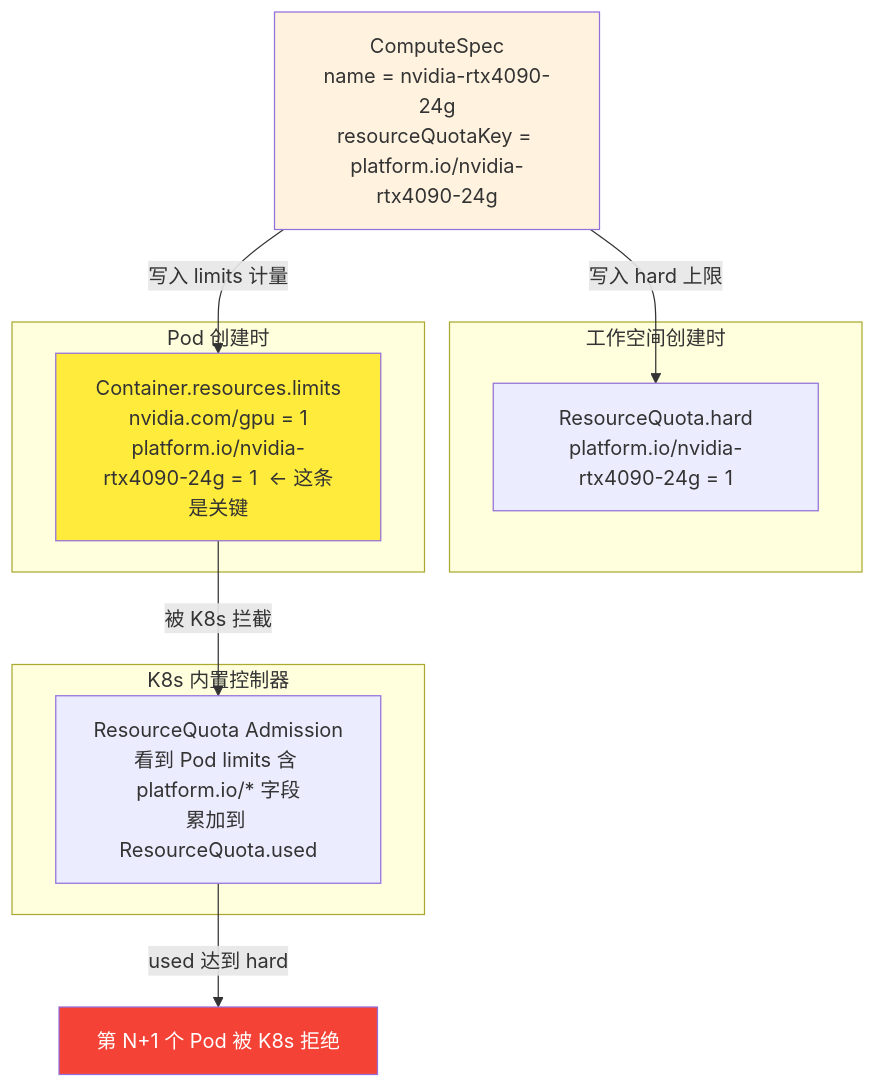
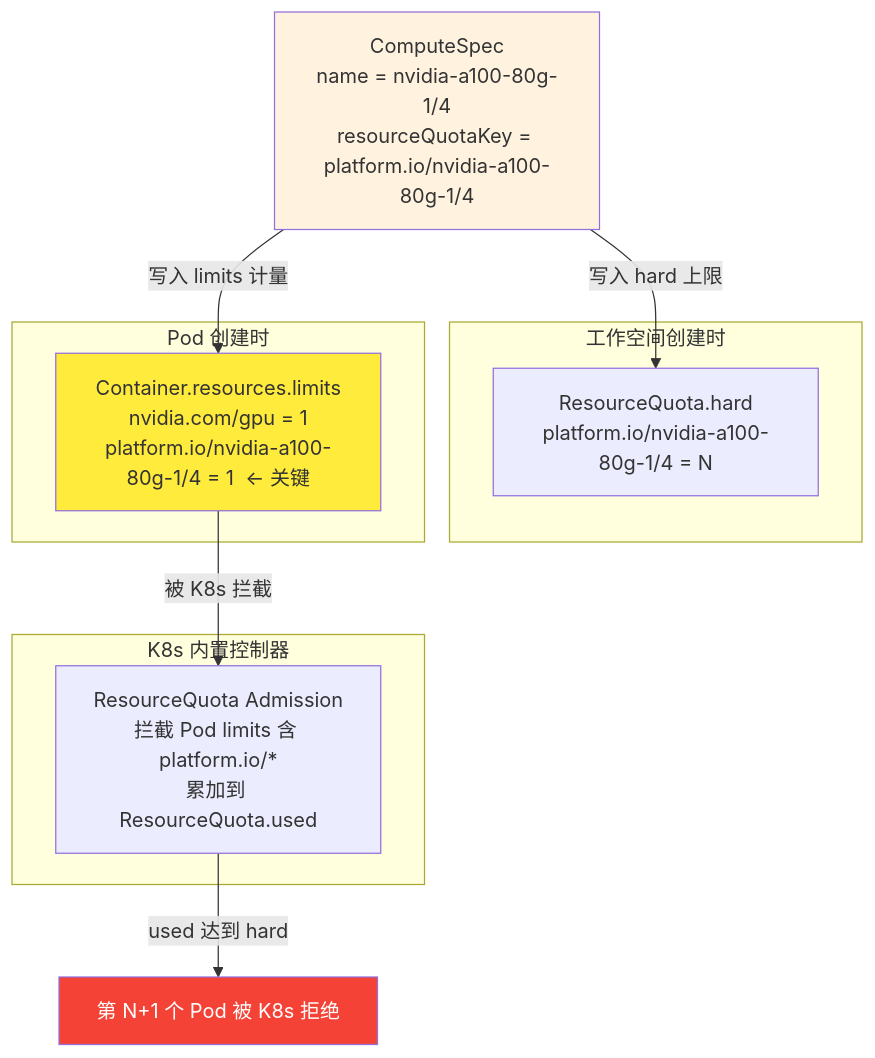
The seventh of 9 diagrams in docs/MINDMAP.md (bluekidlj/acmp-compute-platform), drawn with Mermaid before and after one commit. The commit also changed other lines of this file and 42 other files, not shown here.

````diff
--- a/docs/MINDMAP.md
+++ b/docs/MINDMAP.md
@@ -153,25 +257,25 @@
 ```mermaid
 flowchart TB
-    SPEC["ComputeSpec<br/>name = nvidia-rtx4090-24g<br/>resourceQuotaKey = platform.io/nvidia-rtx4090-24g"]
+    SPEC["ComputeSpec<br/>name = nvidia-a100-80g-1/4<br/>resourceQuotaKey = platform.io/nvidia-a100-80g-1/4"]
 
     subgraph WSC["工作空间创建时"]
-        RQ["ResourceQuota.hard<br/>platform.io/nvidia-rtx4090-24g = 1"]
+        RQ["ResourceQuota.hard<br/>platform.io/nvidia-a100-80g-1/4 = N"]
     end
 
     subgraph POD["Pod 创建时"]
-        POD_LIMITS["Container.resources.limits<br/>nvidia.com/gpu = 1<br/>platform.io/nvidia-rtx4090-24g = 1  ← 这条是关键"]
+        POD_LIMITS["Container.resources.limits<br/>nvidia.com/gpu = 1<br/>platform.io/nvidia-a100-80g-1/4 = 1  ← 关键"]
     end
 
     subgraph K8S["K8s 内置控制器"]
-        QC["ResourceQuota Admission<br/>看到 Pod limits 含 platform.io/* 字段<br/>累加到 ResourceQuota.used"]
+        QC["ResourceQuota Admission<br/>拦截 Pod limits 含 platform.io/*<br/>累加到 ResourceQuota.used"]
     end
 
     SPEC --写入 hard 上限--> RQ
     SPEC --写入 limits 计量--> POD_LIMITS
     POD_LIMITS --被 K8s 拦截--> QC
     QC --used 达到 hard--> BLOCK["第 N+1 个 Pod 被 K8s 拒绝"]
 
     style SPEC fill:#fff3e0
     style POD_LIMITS fill:#ffeb3b
     style BLOCK fill:#f44336,color:#fff
 ```
````
